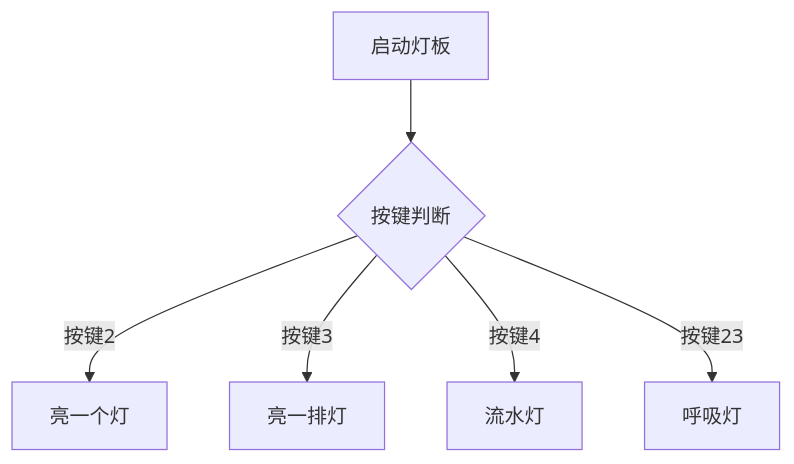
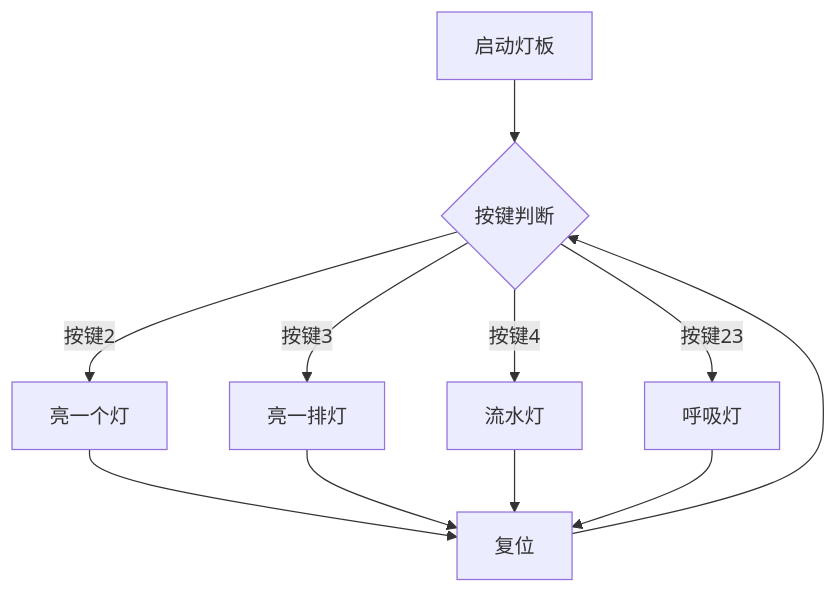
The diagram in report.md (Xiaomiao-Fsd/FPGA-design), drawn with Mermaid before and after one commit. The commit also changed other lines of this file, not shown here.

````diff
--- a/report.md
+++ b/report.md
@@ -11,8 +11,13 @@
 ```mermaid
 graph TD
     A[启动灯板] --> B{按键判断}
     B -->|按键2| C[亮一个灯]
     B -->|按键3| D[亮一排灯]
     B -->|按键4| E[流水灯]
     B -->|按键23| F[呼吸灯]
+    C --> G[复位]
+    D --> G
+    E --> G
+    F --> G
+    G --> B
 ```
````
